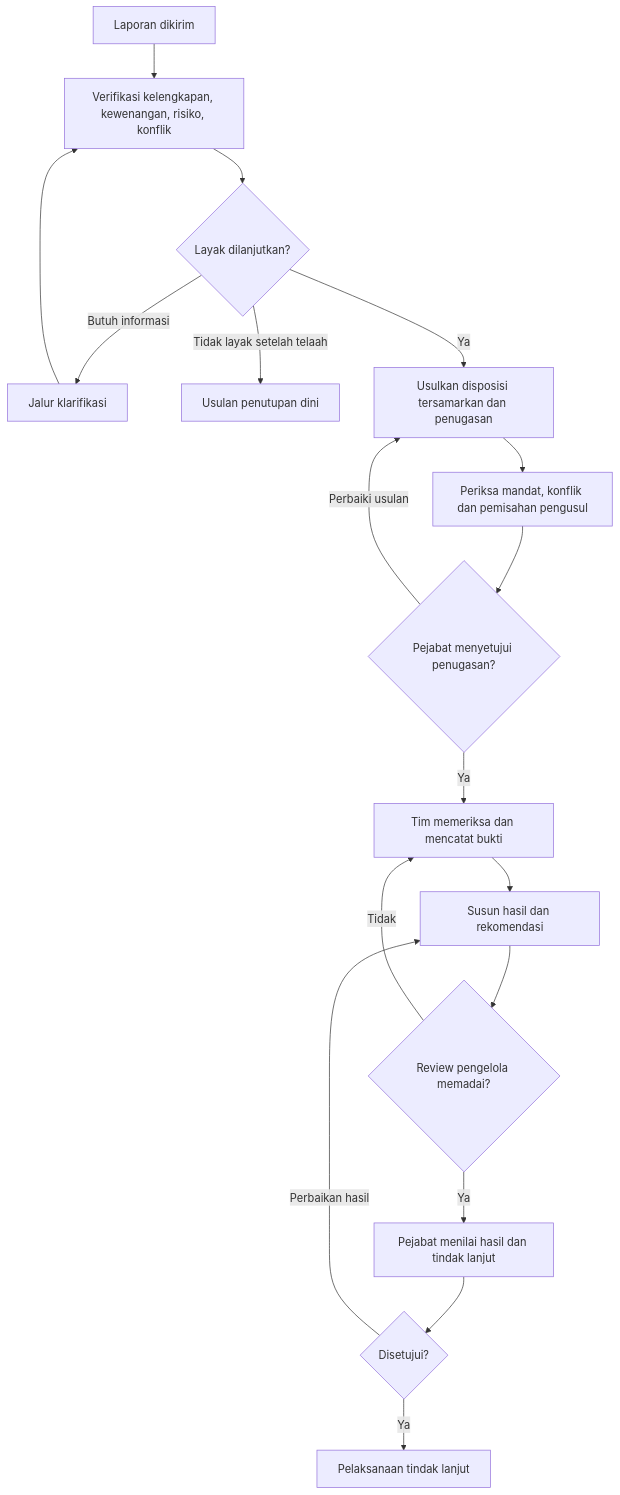
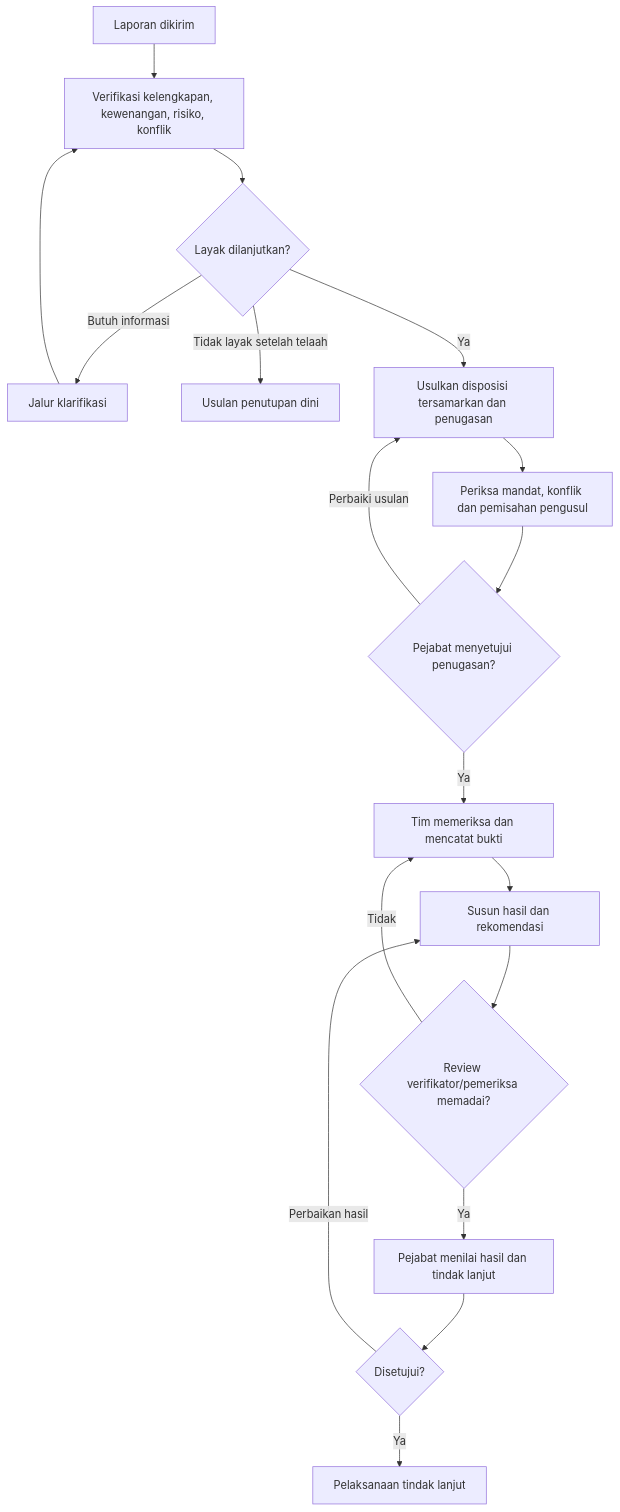
One commit to notizen-00/wbs-spi changed the third of 9 diagrams in docs/flowcharts.md. Above: the diagram before and after it, drawn with Mermaid. The commit also changed other lines of this file and 39 other files, not shown here.

````diff
--- a/docs/flowcharts.md
+++ b/docs/flowcharts.md
@@ -46,20 +46,20 @@
 ```mermaid
 flowchart TD
     A["Laporan dikirim"] --> B["Verifikasi kelengkapan, kewenangan, risiko, konflik"]
     B --> C{"Layak dilanjutkan?"}
     C -->|Butuh informasi| D["Jalur klarifikasi"]
     D --> B
     C -->|Tidak layak setelah telaah| E["Usulan penutupan dini"]
     C -->|Ya| F["Usulkan disposisi tersamarkan dan penugasan"]
     F --> G["Periksa mandat, konflik dan pemisahan pengusul"]
     G --> H{"Pejabat menyetujui penugasan?"}
     H -->|Perbaiki usulan| F
     H -->|Ya| I["Tim memeriksa dan mencatat bukti"]
     I --> J["Susun hasil dan rekomendasi"]
-    J --> K{"Review pengelola memadai?"}
+    J --> K{"Review verifikator/pemeriksa memadai?"}
     K -->|Tidak| I
     K -->|Ya| L["Pejabat menilai hasil dan tindak lanjut"]
     L --> M{"Disetujui?"}
     M -->|Perbaikan hasil| J
     M -->|Ya| N["Pelaksanaan tindak lanjut"]
 ```
````
